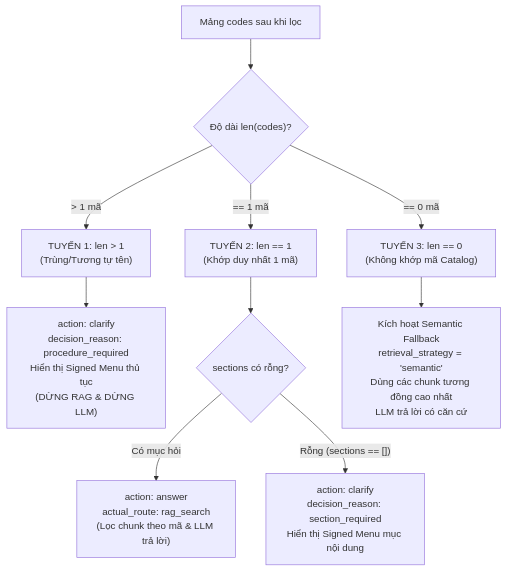
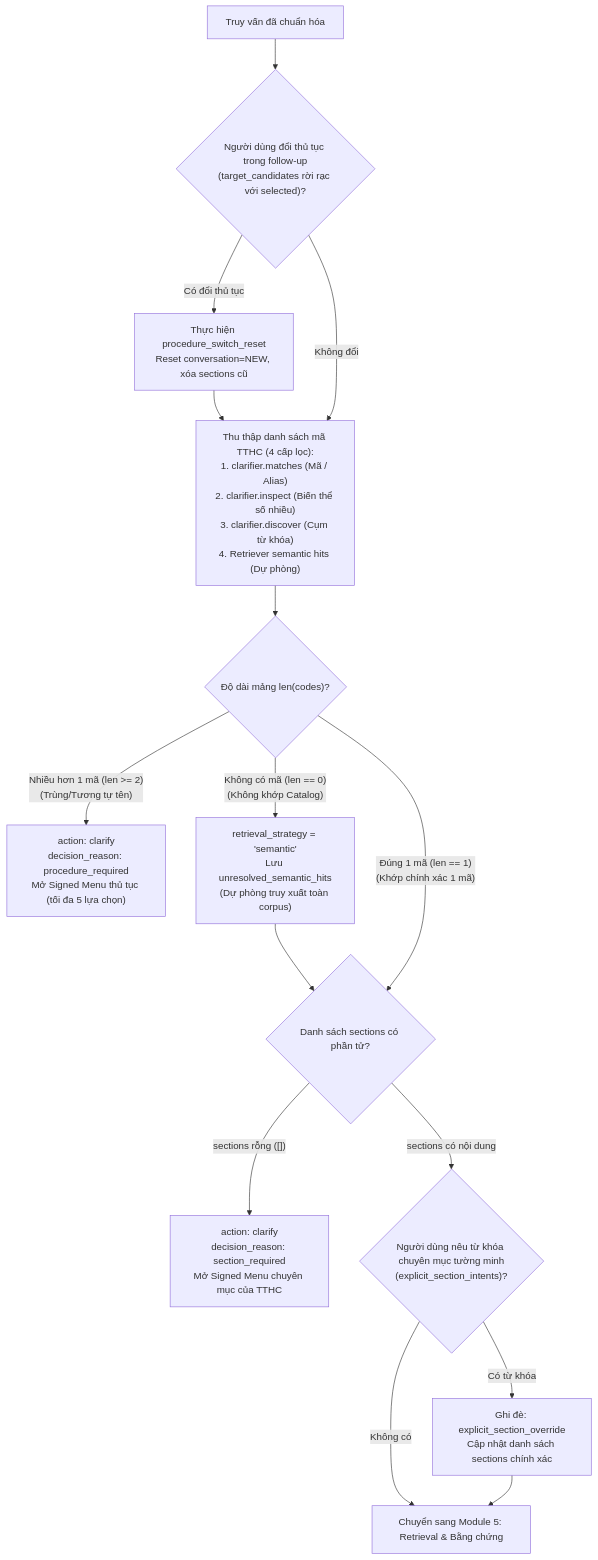
One commit to qtamtensor05/ViGovBot changed the fourth of 7 diagrams in docs/reports/bao-cao-phan-loai-nhan-va-actions.md. Above: the diagram before and after it, drawn with Mermaid. The commit also changed other lines of this file and 21 other files, not shown here.

````diff
--- a/docs/reports/bao-cao-phan-loai-nhan-va-actions.md
+++ b/docs/reports/bao-cao-phan-loai-nhan-va-actions.md
@@ -348,15 +153,24 @@
 ```mermaid
-graph TD
-    StartCodes["Mảng codes sau khi lọc"] --> CheckLen{"Độ dài len(codes)?"}
-
-    CheckLen -- "> 1 mã" --> BranchMulti["TUYẾN 1: len > 1\n(Trùng/Tương tự tên)"]
-    BranchMulti --> ActionClarifyProc["action: clarify\ndecision_reason: procedure_required\nHiển thị Signed Menu thủ tục\n(DỪNG RAG & DỪNG LLM)"]
-
-    CheckLen -- "== 1 mã" --> BranchSingle["TUYẾN 2: len == 1\n(Khớp duy nhất 1 mã)"]
-    BranchSingle --> CheckSec{"sections có rỗng?"}
-    CheckSec -- "Có mục hỏi" --> ActionAnswer["action: answer\nactual_route: rag_search\n(Lọc chunk theo mã & LLM trả lời)"]
-    CheckSec -- "Rỗng (sections == [])" --> ActionClarifySec["action: clarify\ndecision_reason: section_required\nHiển thị Signed Menu mục nội dung"]
-
-    CheckLen -- "== 0 mã" --> BranchZero["TUYẾN 3: len == 0\n(Không khớp mã Catalog)"]
-    BranchZero --> SemanticFallback["Kích hoạt Semantic Fallback\nretrieval_strategy = 'semantic'\nDùng các chunk tương đồng cao nhất\nLLM trả lời có căn cứ"]
+flowchart TD
+    QueryReady["Truy vấn đã chuẩn hóa"] --> StepCheckSwitch{"Người dùng đổi thủ tục trong follow-up\n(target_candidates rời rạc với selected)?"}
+    
+    StepCheckSwitch -- "Có đổi thủ tục" --> ResetProc["Thực hiện procedure_switch_reset\nReset conversation=NEW, xóa sections cũ"]
+    ResetProc --> CollectCodes
+    StepCheckSwitch -- "Không đổi" --> CollectCodes["Thu thập danh sách mã TTHC (4 cấp lọc):\n1. clarifier.matches (Mã / Alias)\n2. clarifier.inspect (Biến thể số nhiều)\n3. clarifier.discover (Cụm từ khóa)\n4. Retriever semantic hits (Dự phòng)"]
+    
+    CollectCodes --> CountCodes{"Độ dài mảng len(codes)?"}
+    
+    CountCodes -- "Nhiều hơn 1 mã (len >= 2)\n(Trùng/Tương tự tên)" --> MenuProcedure["action: clarify\ndecision_reason: procedure_required\nMở Signed Menu thủ tục (tối đa 5 lựa chọn)"]
+    
+    CountCodes -- "Không có mã (len == 0)\n(Không khớp Catalog)" --> StrategySemantic["retrieval_strategy = 'semantic'\nLưu unresolved_semantic_hits\n(Dự phòng truy xuất toàn corpus)"]
+    StrategySemantic --> CheckSections
+    
+    CountCodes -- "Đúng 1 mã (len == 1)\n(Khớp chính xác 1 mã)" --> CheckSections{"Danh sách sections có phần tử?"}
+    
+    CheckSections -- "sections rỗng ([])" --> MenuSection["action: clarify\ndecision_reason: section_required\nMở Signed Menu chuyên mục của TTHC"]
+    
+    CheckSections -- "sections có nội dung" --> OverrideExplicit{"Người dùng nêu từ khóa chuyên mục tường minh\n(explicit_section_intents)?"}
+    OverrideExplicit -- "Có từ khóa" --> OvrSec["Ghi đè: explicit_section_override\nCập nhật danh sách sections chính xác"]
+    OverrideExplicit -- "Không có" --> ToEvidence["Chuyển sang Module 5: Retrieval & Bằng chứng"]
+    OvrSec --> ToEvidence
 ```
````
